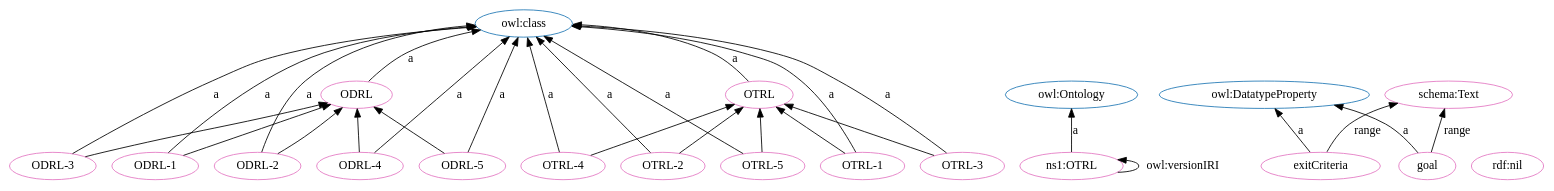
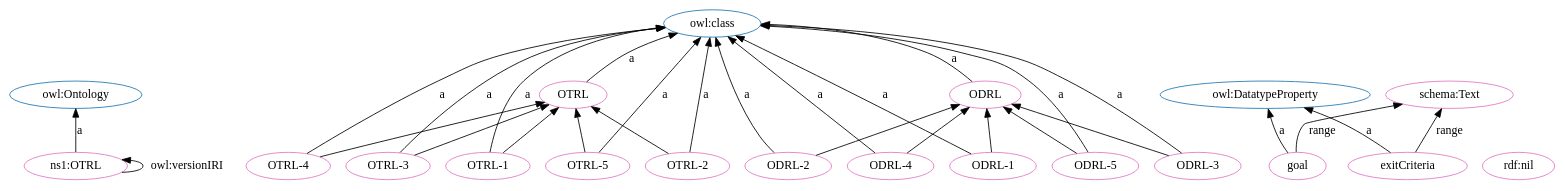
One commit to OPEN-NEXT/OKH-LOSH changed the diagram in OTRL.dot. Above: the diagram before and after it, drawn with Graphviz. The commit also changed other lines of this file and 16 other files, not shown here.

```diff
--- a/OTRL.dot
+++ b/OTRL.dot
@@ -1,54 +1,54 @@
 digraph G {
   rankdir=BT
   node[height=.3]
-"http://purl.org/oseg/ontologies/OTRL#ODRL" [fillcolor="#1f77b4" color="#1f77b4" label="ODRL"]
 "http://www.w3.org/2002/07/owl#Ontology" [fillcolor="#1f77b4" color="#1f77b4" label="owl:Ontology"]
 "http://www.w3.org/2002/07/owl#class" [fillcolor="#1f77b4" color="#1f77b4" label="owl:class"]
+"http://purl.org/oseg/ontologies/OTRL#OTRL" [fillcolor="#1f77b4" color="#1f77b4" label="OTRL"]
+"http://purl.org/oseg/ontologies/OTRL#ODRL" [fillcolor="#1f77b4" color="#1f77b4" label="ODRL"]
 "http://www.w3.org/2002/07/owl#DatatypeProperty" [fillcolor="#1f77b4" color="#1f77b4" label="owl:DatatypeProperty"]
-"http://purl.org/oseg/ontologies/OTRL#OTRL" [fillcolor="#1f77b4" color="#1f77b4" label="OTRL"]
+"http://purl.org/oseg/ontologies/OTRL#ODRL-4" [fillcolor="#e377c2" color="#e377c2" label="ODRL-4"]
+"http://purl.org/oseg/ontologies/OTRL#OTRL-3" [fillcolor="#e377c2" color="#e377c2" label="OTRL-3"]
+"http://www.w3.org/1999/02/22-rdf-syntax-ns#nil" [fillcolor="#e377c2" color="#e377c2" label="rdf:nil"]
+"http://purl.org/oseg/ontologies/OTRL" [fillcolor="#e377c2" color="#e377c2" label="ns1:OTRL"]
+"http://purl.org/oseg/ontologies/OTRL#OTRL-4" [fillcolor="#e377c2" color="#e377c2" label="OTRL-4"]
+"http://purl.org/oseg/ontologies/OTRL#OTRL" [fillcolor="#e377c2" color="#e377c2" label="OTRL"]
 "http://purl.org/oseg/ontologies/OTRL#ODRL" [fillcolor="#e377c2" color="#e377c2" label="ODRL"]
-"http://purl.org/oseg/ontologies/OTRL" [fillcolor="#e377c2" color="#e377c2" label="ns1:OTRL"]
+"http://purl.org/oseg/ontologies/OTRL#ODRL-2" [fillcolor="#e377c2" color="#e377c2" label="ODRL-2"]
+"http://purl.org/oseg/ontologies/OTRL#OTRL-1" [fillcolor="#e377c2" color="#e377c2" label="OTRL-1"]
+"http://purl.org/oseg/ontologies/OTRL#goal" [fillcolor="#e377c2" color="#e377c2" label="goal"]
+"http://schema.org/Text" [fillcolor="#e377c2" color="#e377c2" label="schema:Text"]
 "http://purl.org/oseg/ontologies/OTRL#exitCriteria" [fillcolor="#e377c2" color="#e377c2" label="exitCriteria"]
-"http://purl.org/oseg/ontologies/OTRL#OTRL-2" [fillcolor="#e377c2" color="#e377c2" label="OTRL-2"]
 "http://purl.org/oseg/ontologies/OTRL#ODRL-1" [fillcolor="#e377c2" color="#e377c2" label="ODRL-1"]
 "http://purl.org/oseg/ontologies/OTRL#ODRL-3" [fillcolor="#e377c2" color="#e377c2" label="ODRL-3"]
-"http://purl.org/oseg/ontologies/OTRL#OTRL" [fillcolor="#e377c2" color="#e377c2" label="OTRL"]
-"http://purl.org/oseg/ontologies/OTRL#OTRL-4" [fillcolor="#e377c2" color="#e377c2" label="OTRL-4"]
-"http://purl.org/oseg/ontologies/OTRL#goal" [fillcolor="#e377c2" color="#e377c2" label="goal"]
-"http://purl.org/oseg/ontologies/OTRL#ODRL-2" [fillcolor="#e377c2" color="#e377c2" label="ODRL-2"]
+"http://purl.org/oseg/ontologies/OTRL#OTRL-2" [fillcolor="#e377c2" color="#e377c2" label="OTRL-2"]
+"http://purl.org/oseg/ontologies/OTRL#OTRL-5" [fillcolor="#e377c2" color="#e377c2" label="OTRL-5"]
 "http://purl.org/oseg/ontologies/OTRL#ODRL-5" [fillcolor="#e377c2" color="#e377c2" label="ODRL-5"]
-"http://purl.org/oseg/ontologies/OTRL#OTRL-5" [fillcolor="#e377c2" color="#e377c2" label="OTRL-5"]
-"http://schema.org/Text" [fillcolor="#e377c2" color="#e377c2" label="schema:Text"]
-"http://purl.org/oseg/ontologies/OTRL#OTRL-3" [fillcolor="#e377c2" color="#e377c2" label="OTRL-3"]
-"http://purl.org/oseg/ontologies/OTRL#OTRL-1" [fillcolor="#e377c2" color="#e377c2" label="OTRL-1"]
-"http://purl.org/oseg/ontologies/OTRL#ODRL-4" [fillcolor="#e377c2" color="#e377c2" label="ODRL-4"]
-"http://www.w3.org/1999/02/22-rdf-syntax-ns#nil" [fillcolor="#e377c2" color="#e377c2" label="rdf:nil"]
+  "http://purl.org/oseg/ontologies/OTRL#ODRL-4" -> "http://www.w3.org/2002/07/owl#class" [label="a"]
+  "http://purl.org/oseg/ontologies/OTRL#OTRL-3" -> "http://www.w3.org/2002/07/owl#class" [label="a"]
+  "http://purl.org/oseg/ontologies/OTRL#OTRL" -> "http://www.w3.org/2002/07/owl#class" [label="a"]
+  "http://purl.org/oseg/ontologies/OTRL#ODRL-2" -> "http://www.w3.org/2002/07/owl#class" [label="a"]
+  "http://purl.org/oseg/ontologies/OTRL#ODRL-1" -> "http://purl.org/oseg/ontologies/OTRL#ODRL" [label=""]
+  "http://purl.org/oseg/ontologies/OTRL#OTRL-1" -> "http://www.w3.org/2002/07/owl#class" [label="a"]
+  "http://purl.org/oseg/ontologies/OTRL#ODRL-3" -> "http://purl.org/oseg/ontologies/OTRL#ODRL" [label=""]
+  "http://purl.org/oseg/ontologies/OTRL#OTRL-3" -> "http://purl.org/oseg/ontologies/OTRL#OTRL" [label=""]
+  "http://purl.org/oseg/ontologies/OTRL#exitCriteria" -> "http://www.w3.org/2002/07/owl#DatatypeProperty" [label="a"]
+  "http://purl.org/oseg/ontologies/OTRL#exitCriteria" -> "http://schema.org/Text" [label="range"]
+  "http://purl.org/oseg/ontologies/OTRL#OTRL-2" -> "http://purl.org/oseg/ontologies/OTRL#OTRL" [label=""]
+  "http://purl.org/oseg/ontologies/OTRL#ODRL-1" -> "http://www.w3.org/2002/07/owl#class" [label="a"]
+  "http://purl.org/oseg/ontologies/OTRL#ODRL-3" -> "http://www.w3.org/2002/07/owl#class" [label="a"]
+  "http://purl.org/oseg/ontologies/OTRL#OTRL-2" -> "http://www.w3.org/2002/07/owl#class" [label="a"]
+  "http://purl.org/oseg/ontologies/OTRL#OTRL-1" -> "http://purl.org/oseg/ontologies/OTRL#OTRL" [label=""]
+  "http://purl.org/oseg/ontologies/OTRL#ODRL" -> "http://www.w3.org/2002/07/owl#class" [label="a"]
+  "http://purl.org/oseg/ontologies/OTRL#ODRL-5" -> "http://www.w3.org/2002/07/owl#class" [label="a"]
+  "http://purl.org/oseg/ontologies/OTRL#ODRL-5" -> "http://purl.org/oseg/ontologies/OTRL#ODRL" [label=""]
+  "http://purl.org/oseg/ontologies/OTRL" -> "http://purl.org/oseg/ontologies/OTRL" [label="owl:versionIRI"]
+  "http://purl.org/oseg/ontologies/OTRL#OTRL-4" -> "http://www.w3.org/2002/07/owl#class" [label="a"]
+  "http://purl.org/oseg/ontologies/OTRL#OTRL-4" -> "http://purl.org/oseg/ontologies/OTRL#OTRL" [label=""]
+  "http://purl.org/oseg/ontologies/OTRL#goal" -> "http://www.w3.org/2002/07/owl#DatatypeProperty" [label="a"]
+  "http://purl.org/oseg/ontologies/OTRL#goal" -> "http://schema.org/Text" [label="range"]
+  "http://purl.org/oseg/ontologies/OTRL#ODRL-4" -> "http://purl.org/oseg/ontologies/OTRL#ODRL" [label=""]
   "http://purl.org/oseg/ontologies/OTRL" -> "http://www.w3.org/2002/07/owl#Ontology" [label="a"]
-  "http://purl.org/oseg/ontologies/OTRL#OTRL-2" -> "http://www.w3.org/2002/07/owl#class" [label="a"]
-  "http://purl.org/oseg/ontologies/OTRL#ODRL-1" -> "http://www.w3.org/2002/07/owl#class" [label="a"]
-  "http://purl.org/oseg/ontologies/OTRL#ODRL-2" -> "http://www.w3.org/2002/07/owl#class" [label="a"]
-  "http://purl.org/oseg/ontologies/OTRL#ODRL-3" -> "http://purl.org/oseg/ontologies/OTRL#ODRL" [label=""]
-  "http://purl.org/oseg/ontologies/OTRL#OTRL-1" -> "http://purl.org/oseg/ontologies/OTRL#OTRL" [label=""]
-  "http://purl.org/oseg/ontologies/OTRL#OTRL-1" -> "http://www.w3.org/2002/07/owl#class" [label="a"]
-  "http://purl.org/oseg/ontologies/OTRL#ODRL-4" -> "http://www.w3.org/2002/07/owl#class" [label="a"]
-  "http://purl.org/oseg/ontologies/OTRL#OTRL-4" -> "http://purl.org/oseg/ontologies/OTRL#OTRL" [label=""]
-  "http://purl.org/oseg/ontologies/OTRL#goal" -> "http://schema.org/Text" [label="range"]
-  "http://purl.org/oseg/ontologies/OTRL#ODRL" -> "http://www.w3.org/2002/07/owl#class" [label="a"]
   "http://purl.org/oseg/ontologies/OTRL#ODRL-2" -> "http://purl.org/oseg/ontologies/OTRL#ODRL" [label=""]
-  "http://purl.org/oseg/ontologies/OTRL#exitCriteria" -> "http://www.w3.org/2002/07/owl#DatatypeProperty" [label="a"]
-  "http://purl.org/oseg/ontologies/OTRL#ODRL-3" -> "http://www.w3.org/2002/07/owl#class" [label="a"]
-  "http://purl.org/oseg/ontologies/OTRL#OTRL-4" -> "http://www.w3.org/2002/07/owl#class" [label="a"]
-  "http://purl.org/oseg/ontologies/OTRL#OTRL-2" -> "http://purl.org/oseg/ontologies/OTRL#OTRL" [label=""]
-  "http://purl.org/oseg/ontologies/OTRL#goal" -> "http://www.w3.org/2002/07/owl#DatatypeProperty" [label="a"]
-  "http://purl.org/oseg/ontologies/OTRL" -> "http://purl.org/oseg/ontologies/OTRL" [label="owl:versionIRI"]
-  "http://purl.org/oseg/ontologies/OTRL#OTRL-3" -> "http://purl.org/oseg/ontologies/OTRL#OTRL" [label=""]
-  "http://purl.org/oseg/ontologies/OTRL#ODRL-5" -> "http://www.w3.org/2002/07/owl#class" [label="a"]
-  "http://purl.org/oseg/ontologies/OTRL#ODRL-4" -> "http://purl.org/oseg/ontologies/OTRL#ODRL" [label=""]
   "http://purl.org/oseg/ontologies/OTRL#OTRL-5" -> "http://www.w3.org/2002/07/owl#class" [label="a"]
-  "http://purl.org/oseg/ontologies/OTRL#exitCriteria" -> "http://schema.org/Text" [label="range"]
-  "http://purl.org/oseg/ontologies/OTRL#OTRL-3" -> "http://www.w3.org/2002/07/owl#class" [label="a"]
-  "http://purl.org/oseg/ontologies/OTRL#ODRL-5" -> "http://purl.org/oseg/ontologies/OTRL#ODRL" [label=""]
-  "http://purl.org/oseg/ontologies/OTRL#OTRL" -> "http://www.w3.org/2002/07/owl#class" [label="a"]
   "http://purl.org/oseg/ontologies/OTRL#OTRL-5" -> "http://purl.org/oseg/ontologies/OTRL#OTRL" [label=""]
-  "http://purl.org/oseg/ontologies/OTRL#ODRL-1" -> "http://purl.org/oseg/ontologies/OTRL#ODRL" [label=""]
 }
```
